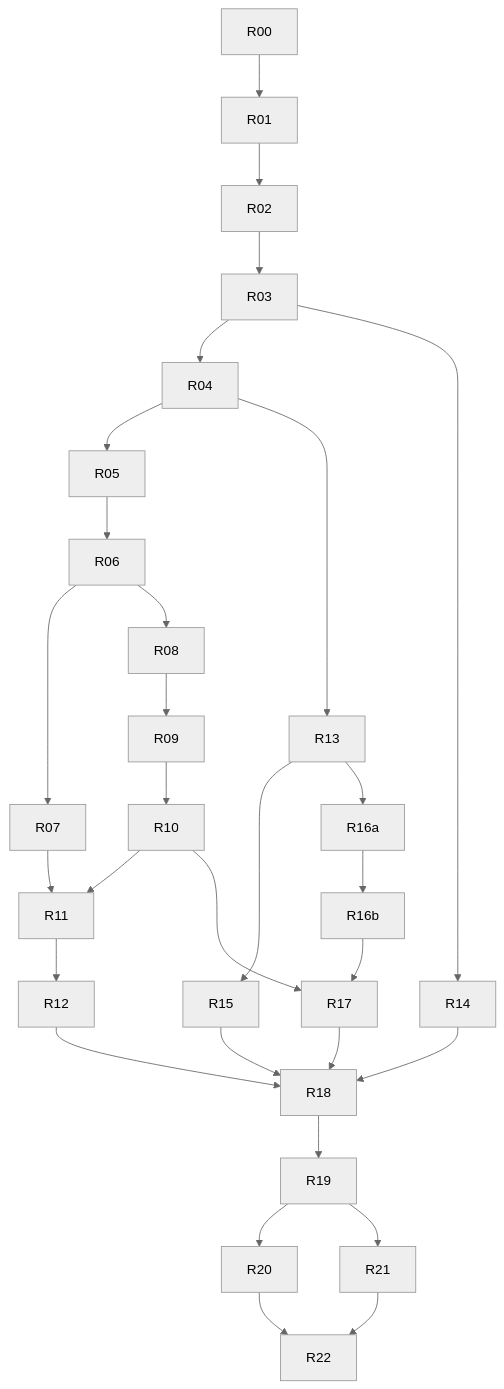
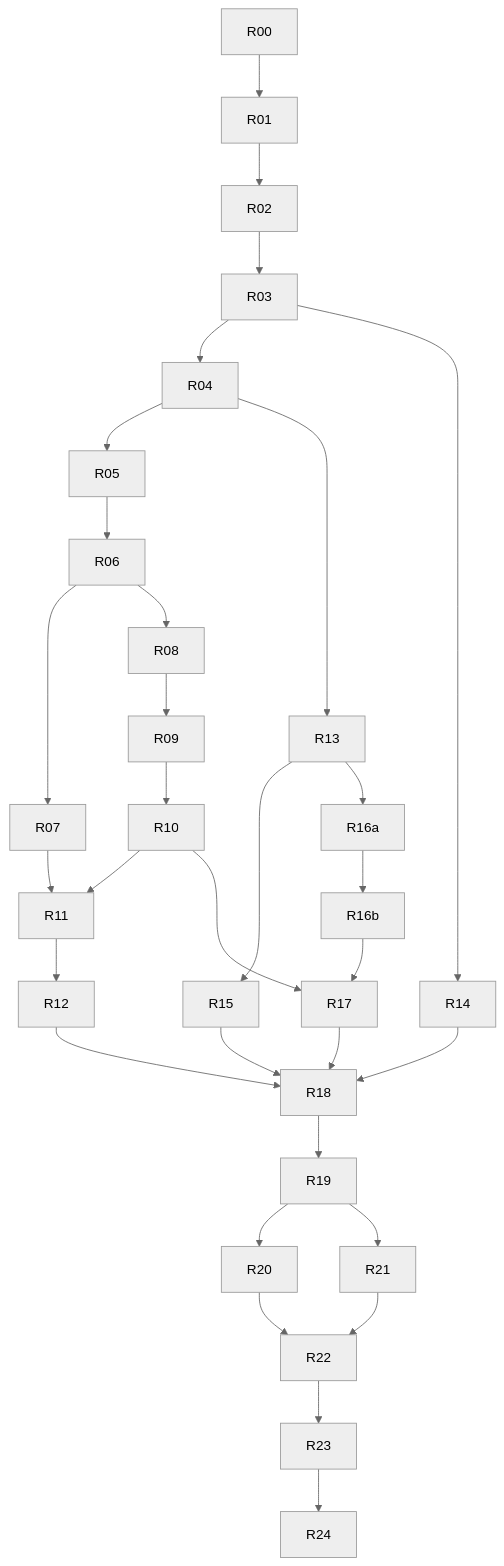
Before and after one commit to martinhoricky-bdo/rewrite-cobol: the diagram in docs/rewrite/04-migration-plan.md, drawn with Mermaid (neutral theme). The commit also changed other lines of this file and 6 other files, not shown here.

````diff
--- a/docs/rewrite/04-migration-plan.md
+++ b/docs/rewrite/04-migration-plan.md
@@ -209,18 +229,19 @@
 ```mermaid
 flowchart TD
     R00 --> R01 --> R02 --> R03 --> R04
     R04 --> R05 --> R06 --> R07
     R06 --> R08 --> R09 --> R10 --> R11 --> R12
     R07 --> R11
     R04 --> R13 --> R15
     R13 --> R16a --> R16b
     R03 --> R14
     R10 --> R17
     R16b --> R17
     R12 --> R18
     R14 --> R18
     R15 --> R18
     R17 --> R18
     R18 --> R19 --> R20 --> R22
     R19 --> R21 --> R22
+    R22 --> R23 --> R24
 ```
````
